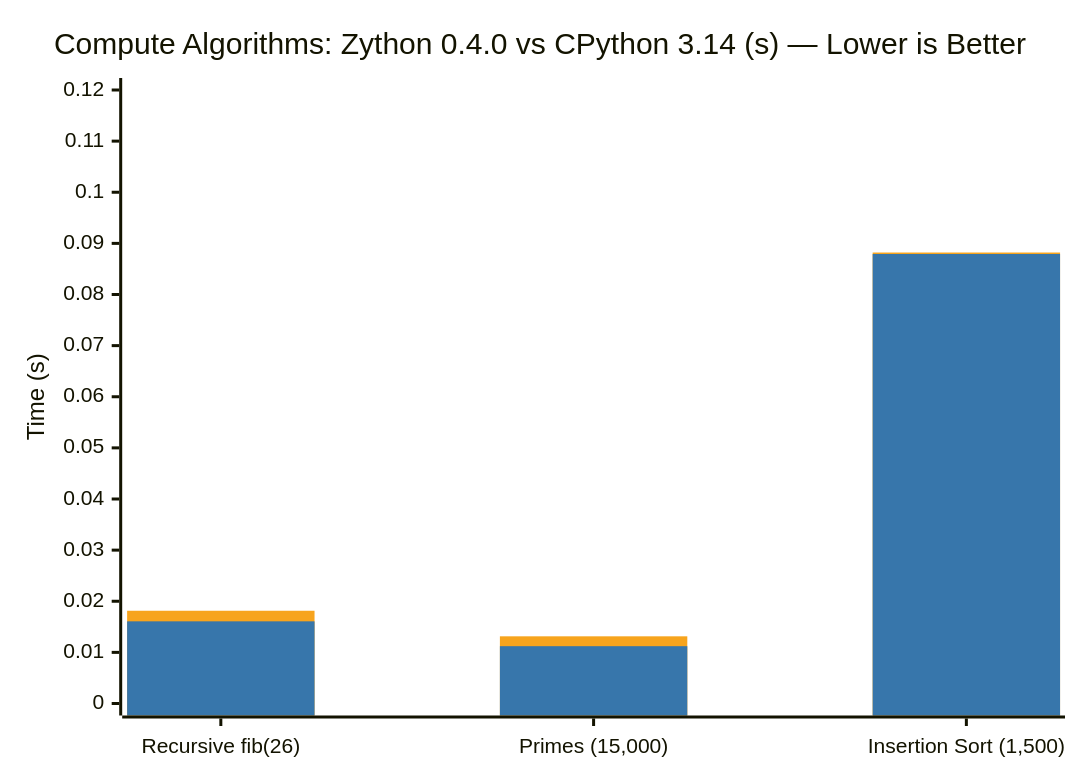
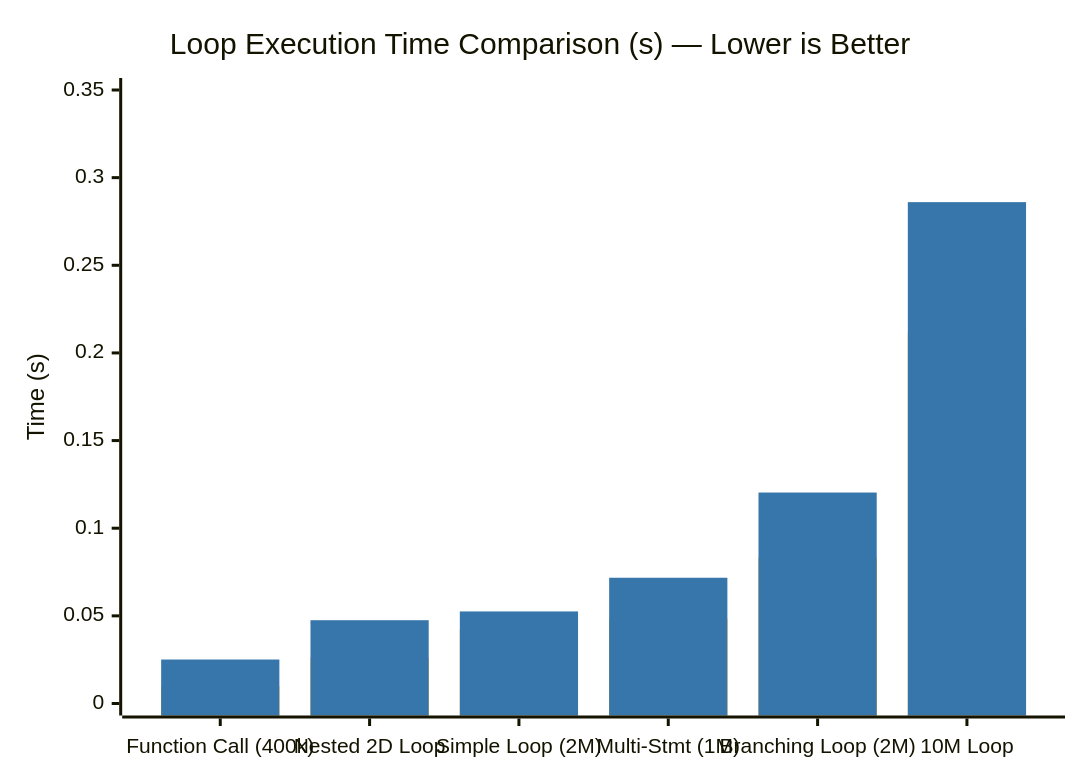
Before and after one commit to babar-xagi/zython-: the second of 3 diagrams in final_sumary.md, drawn with Mermaid. The commit also changed other lines of this file and 15 other files, not shown here.

````diff
--- a/final_sumary.md
+++ b/final_sumary.md
@@ -110,9 +108,9 @@
 ```mermaid
 %%{init: {"themeVariables": {"xyChart": {"plotColorPalette": "#F7A41D, #3776AB"}}}}%%
 xychart-beta
-    title "Compute Algorithms: Zython 0.4.0 vs CPython 3.14 (s) — Lower is Better"
-    x-axis ["Recursive fib(26)", "Primes (15,000)", "Insertion Sort (1,500)"]
-    y-axis "Time (s)" 0.0 --> 0.12
-    bar [0.01814, 0.01314, 0.08821]
-    bar [0.01607, 0.01121, 0.08792]
+    title "Loop Execution Time Comparison (s) — Lower is Better"
+    x-axis ["Function Call (400k)", "Nested 2D Loop", "Simple Loop (2M)", "Multi-Stmt (1M)", "Branching Loop (2M)", "10M Loop"]
+    y-axis "Time (s)" 0.0 --> 0.35
+    bar [0.00993, 0.02610, 0.04226, 0.04823, 0.08307, 0.21161]
+    bar [0.02509, 0.04752, 0.05252, 0.07174, 0.12035, 0.28603]
 ```
````
